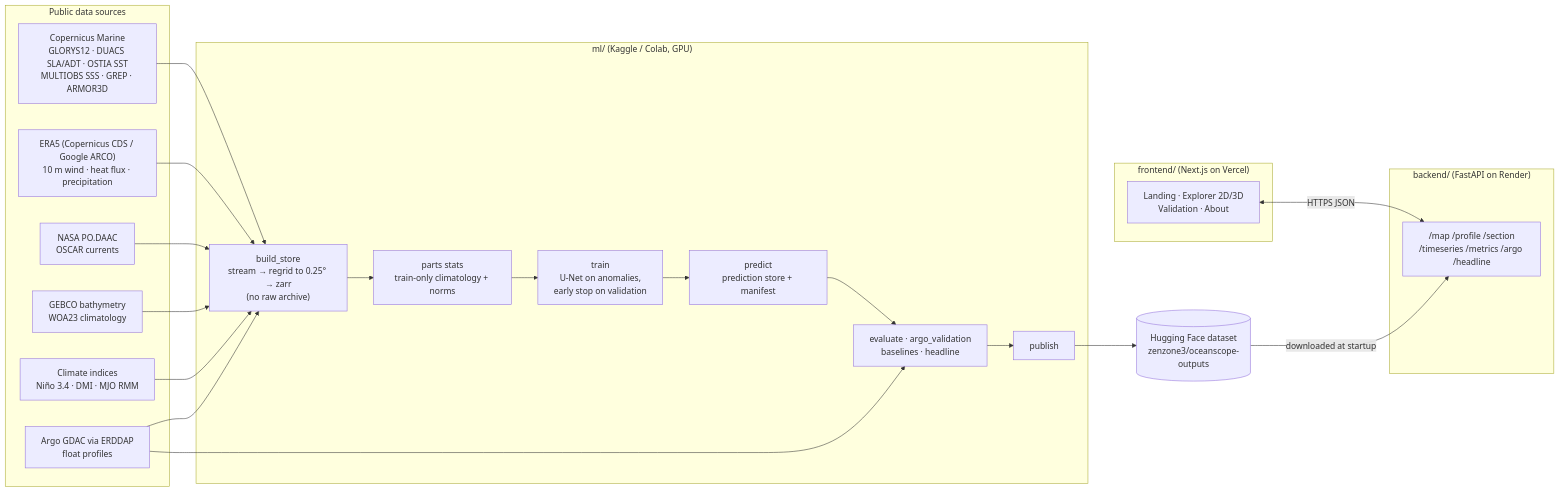
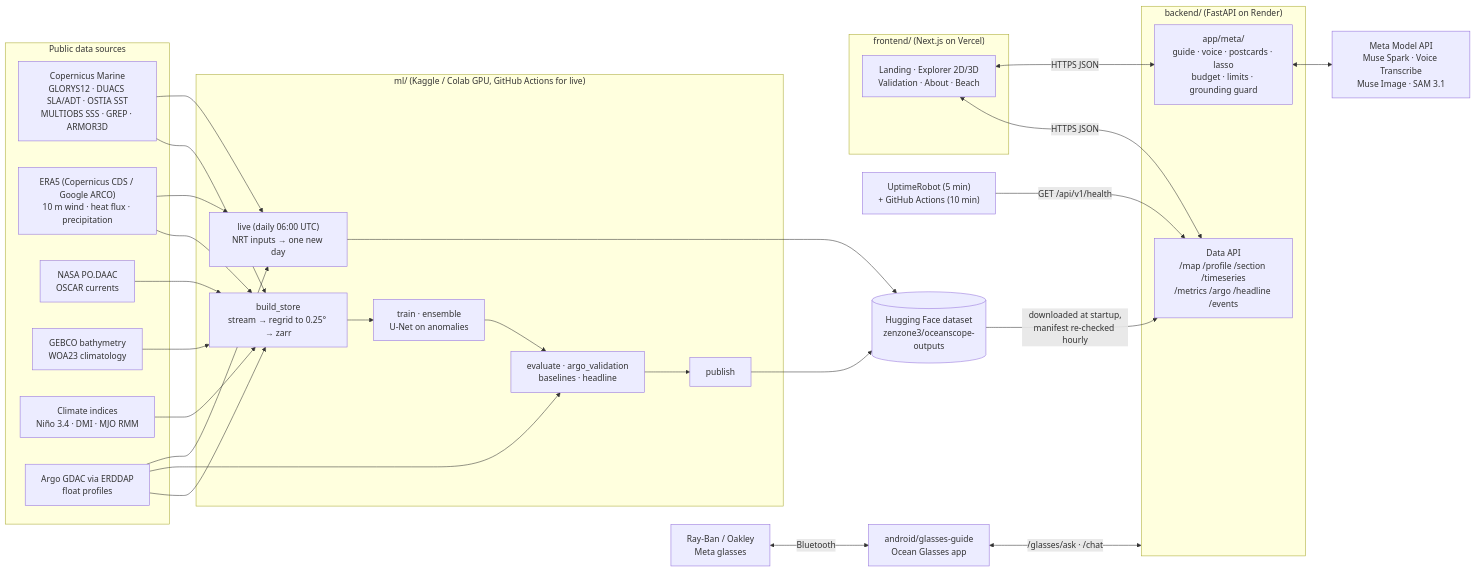
Before and after one commit to aryanchettripkt-eng/Ocean-Embed: the diagram in README.md, drawn with Mermaid. The commit also changed other lines of this file, not shown here.

First line of the commit message:
docs: README covers Meta features, backend, Android, frontend, live mode and uptime

````diff
--- a/README.md
+++ b/README.md
@@ -67,41 +89,56 @@
 ```mermaid
 flowchart LR
   subgraph Sources["Public data sources"]
     CM["Copernicus Marine<br/>GLORYS12 · DUACS SLA/ADT · OSTIA SST<br/>MULTIOBS SSS · GREP · ARMOR3D"]
     ERA["ERA5 (Copernicus CDS / Google ARCO)<br/>10 m wind · heat flux · precipitation"]
     NASA["NASA PO.DAAC<br/>OSCAR currents"]
     STATIC["GEBCO bathymetry<br/>WOA23 climatology"]
     IDX["Climate indices<br/>Niño 3.4 · DMI · MJO RMM"]
     ARGO["Argo GDAC via ERDDAP<br/>float profiles"]
   end
 
-  subgraph ML["ml/ (Kaggle / Colab, GPU)"]
-    BUILD["build_store<br/>stream → regrid to 0.25° → zarr<br/>(no raw archive)"]
-    STATS["parts stats<br/>train-only climatology + norms"]
-    TRAIN["train<br/>U-Net on anomalies,<br/>early stop on validation"]
+  subgraph ML["ml/ (Kaggle / Colab GPU, GitHub Actions for live)"]
+    BUILD["build_store<br/>stream → regrid to 0.25° → zarr"]
+    TRAIN["train · ensemble<br/>U-Net on anomalies"]
     EVAL["evaluate · argo_validation<br/>baselines · headline"]
-    PRED["predict<br/>prediction store + manifest"]
     PUB["publish"]
+    LIVE["live (daily 06:00 UTC)<br/>NRT inputs → one new day"]
   end
 
   HF[("Hugging Face dataset<br/>zenzone3/oceanscope-outputs")]
 
   subgraph BE["backend/ (FastAPI on Render)"]
-    API["/map /profile /section<br/>/timeseries /metrics /argo /headline"]
+    API["Data API<br/>/map /profile /section /timeseries<br/>/metrics /argo /headline /events"]
+    META["app/meta/<br/>guide · voice · postcards · lasso<br/>budget · limits · grounding guard"]
   end
 
+  MAPI["Meta Model API<br/>Muse Spark · Voice Transcribe<br/>Muse Image · SAM 3.1"]
+
   subgraph FE["frontend/ (Next.js on Vercel)"]
-    SITE["Landing · Explorer 2D/3D<br/>Validation · About"]
+    SITE["Landing · Explorer 2D/3D<br/>Validation · About · Beach"]
   end
+
+  APP["android/glasses-guide<br/>Ocean Glasses app"]
+  GLASSES["Ray-Ban / Oakley<br/>Meta glasses"]
+  UP["UptimeRobot (5 min)<br/>+ GitHub Actions (10 min)"]
 
   CM --> BUILD
   ERA --> BUILD
   NASA --> BUILD
   STATIC --> BUILD
   IDX --> BUILD
   ARGO --> BUILD
   ARGO --> EVAL
-  BUILD --> STATS --> TRAIN --> PRED --> EVAL --> PUB --> HF
-  HF -->|downloaded at startup| API
+  BUILD --> TRAIN --> EVAL --> PUB --> HF
+  CM --> LIVE
+  ERA --> LIVE
+  ARGO --> LIVE
+  LIVE --> HF
+  HF -->|downloaded at startup,<br/>manifest re-checked hourly| API
+  META <--> MAPI
   SITE <-->|HTTPS JSON| API
+  SITE <-->|HTTPS JSON| META
+  GLASSES <-->|Bluetooth| APP
+  APP <-->|/glasses/ask · /chat| BE
+  UP -->|GET /api/v1/health| API
 ```
````
